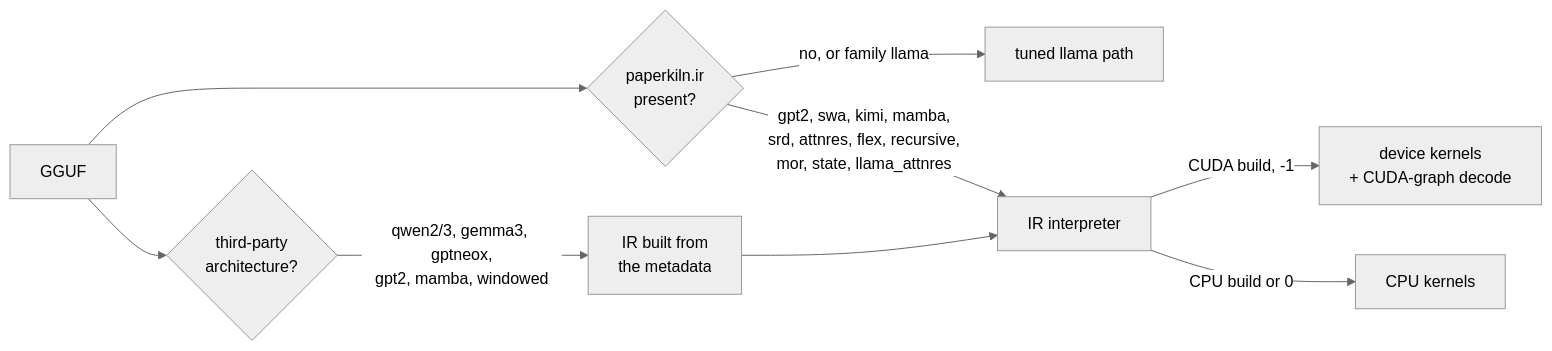
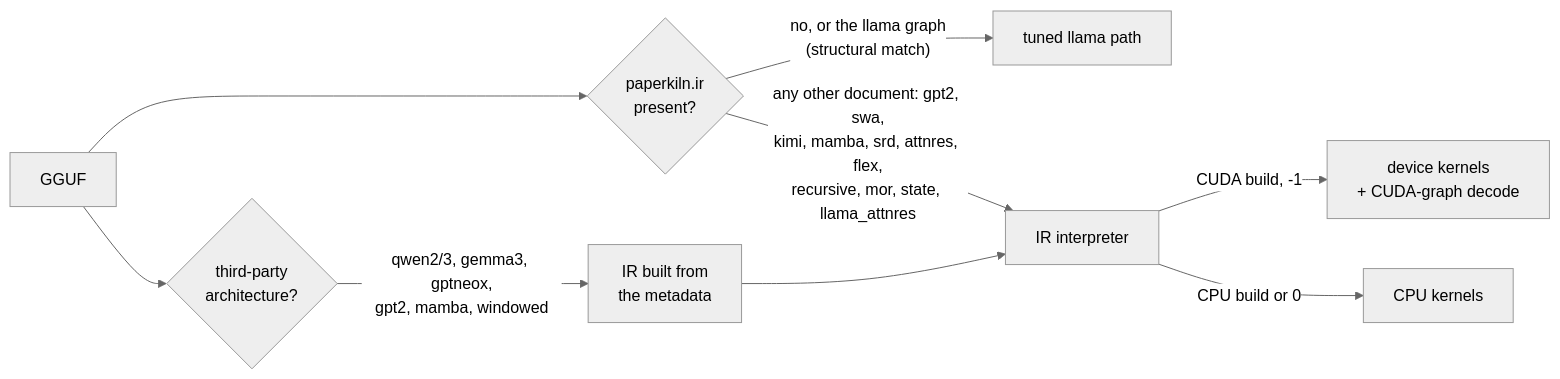
Before and after one commit to JohnnyTeutonic/ember.cpp: the second of 2 diagrams in README.md, drawn with Mermaid (neutral theme). The commit also changed other lines of this file and 2 other files, not shown here.

First line of the commit message:
README: load-time IR_SPEC validation and the tuned path by structural match; self-test takes IR_ADAPTER_BIN

````diff
--- a/README.md
+++ b/README.md
@@ -202,10 +202,10 @@
 ```mermaid
 flowchart LR
     G[GGUF] --> Q{"paperkiln.ir<br/>present?"}
-    Q -- "no, or family llama" --> L["tuned llama path"]
-    Q -- "gpt2, swa, kimi, mamba,<br/>srd, attnres, flex, recursive,<br/>mor, state, llama_attnres" --> I["IR interpreter"]
+    Q -- "no, or the llama graph<br/>(structural match)" --> L["tuned llama path"]
+    Q -- "any other document: gpt2, swa,<br/>kimi, mamba, srd, attnres, flex,<br/>recursive, mor, state, llama_attnres" --> I["IR interpreter"]
     G --> T{"third-party<br/>architecture?"}
     T -- "qwen2/3, gemma3, gptneox,<br/>gpt2, mamba, windowed" --> B["IR built from<br/>the metadata"] --> I
     I -- "CUDA build, -1" --> GPU["device kernels<br/>+ CUDA-graph decode"]
     I -- "CPU build or 0" --> CPU["CPU kernels"]
 ```
````
